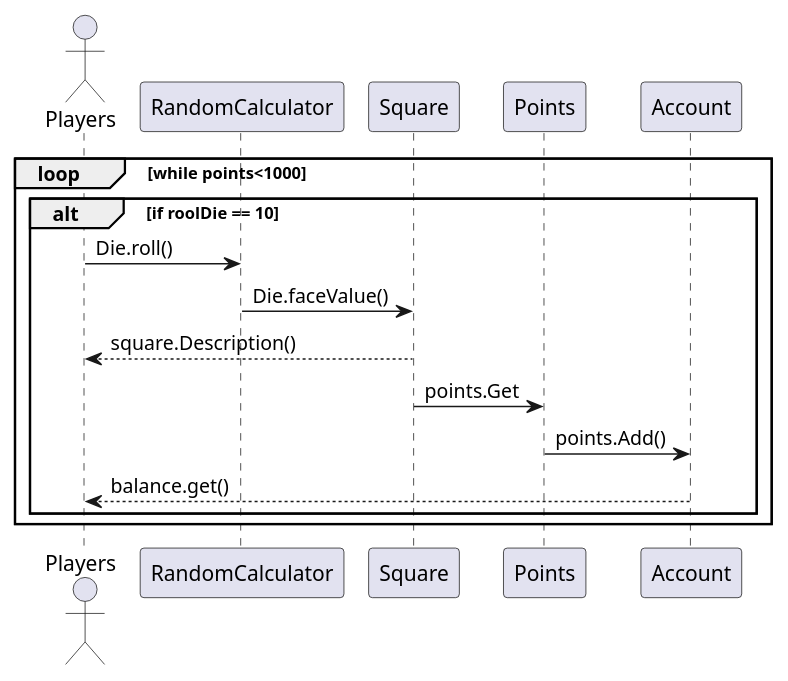
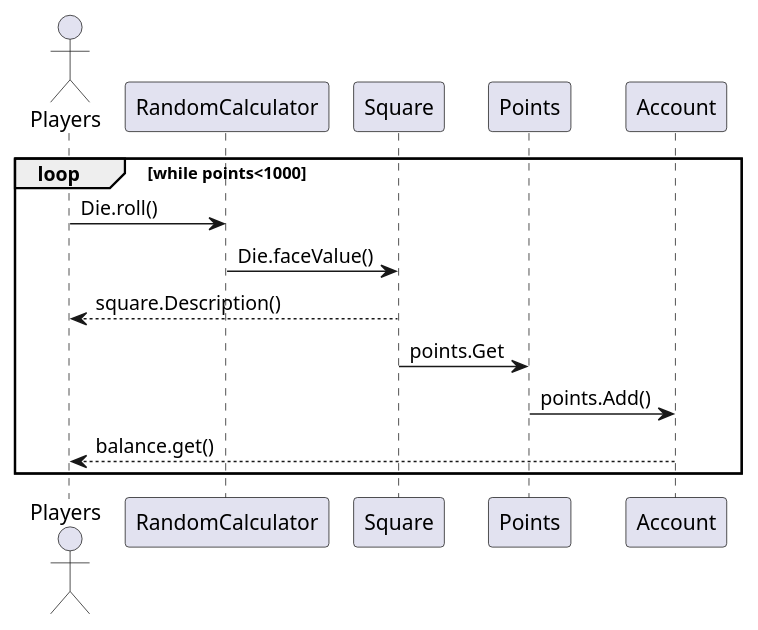
Before and after one commit to Jakob-SA/CDIO-2: the diagram in src/plantUML_Diagrams/System sequence diagram.puml, drawn with PlantUML.

Commit message:
System sequence diagram v3

```diff
--- a/src/plantUML_Diagrams/System sequence diagram.puml
+++ b/src/plantUML_Diagrams/System sequence diagram.puml
@@ -1,18 +1,15 @@
 @startuml
 'https://plantuml.com/sequence-diagram
 
 Actor Players as Players
 
-
 loop while points<1000
-alt if roolDie == 10
 Players -> RandomCalculator: Die.roll()
 RandomCalculator -> Square: Die.faceValue()
 Square --> Players: square.Description()
 Square -> Points: points.Get
 Points ->Account: points.Add()
 Account --> Players: balance.get()
 end
-end
 
 @enduml
```
